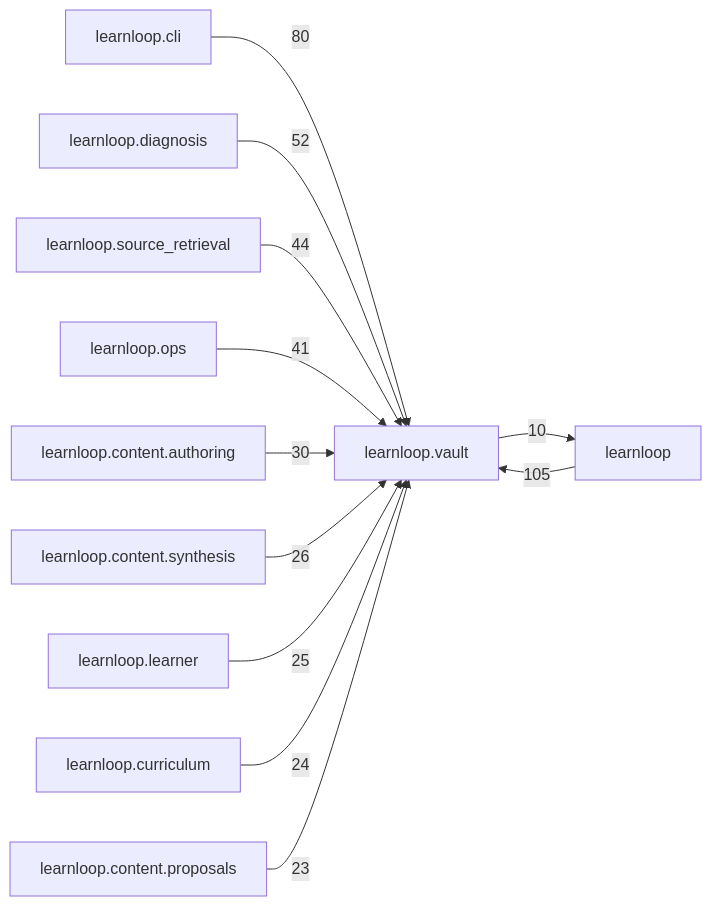
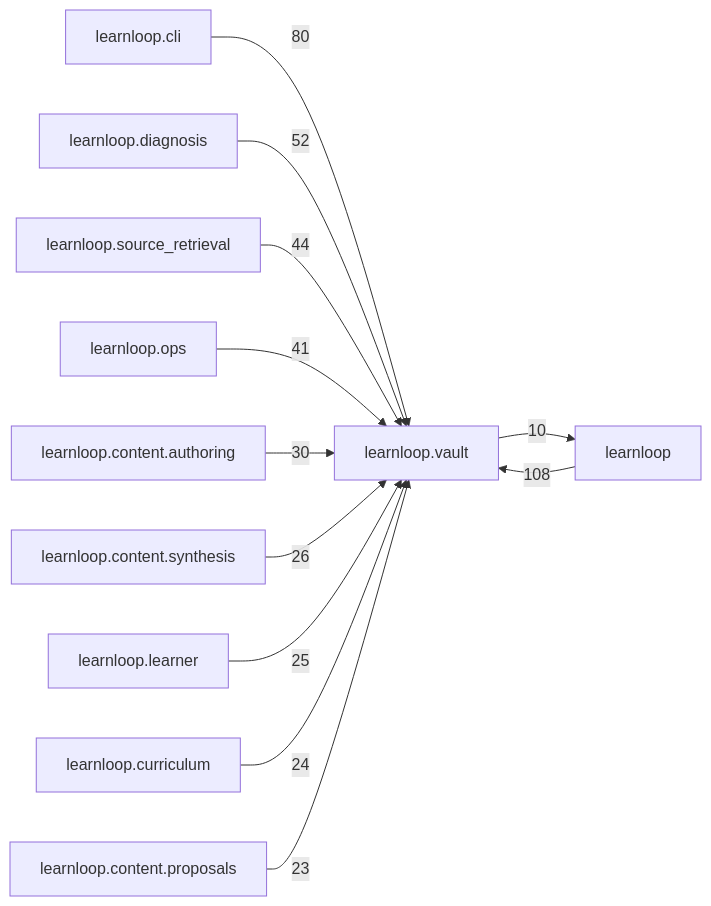
One commit to 6up-b/learnanything changed the diagram in docs/learnloop-architecture-vault/Reference/Modules/learnloop/vault/_package.md. Above: the diagram before and after it, drawn with Mermaid. The commit also changed other lines of this file and 585 other files, not shown here.

````diff
--- a/docs/learnloop-architecture-vault/Reference/Modules/learnloop/vault/_package.md
+++ b/docs/learnloop-architecture-vault/Reference/Modules/learnloop/vault/_package.md
@@ -139,25 +139,25 @@
 ```mermaid
 flowchart LR
     center["learnloop.vault"]
     n_learnloop["learnloop"]
     n_learnloop_cli["learnloop.cli"]
     n_learnloop_diagnosis["learnloop.diagnosis"]
     n_learnloop_source_retrieval["learnloop.source_retrieval"]
     n_learnloop_ops["learnloop.ops"]
     n_learnloop_content_authoring["learnloop.content.authoring"]
     n_learnloop_content_synthesis["learnloop.content.synthesis"]
     n_learnloop_learner["learnloop.learner"]
     n_learnloop_curriculum["learnloop.curriculum"]
     n_learnloop_content_proposals["learnloop.content.proposals"]
-    n_learnloop -->|105| center
+    n_learnloop -->|108| center
     center -->|10| n_learnloop
     n_learnloop_cli -->|80| center
     n_learnloop_diagnosis -->|52| center
     n_learnloop_source_retrieval -->|44| center
     n_learnloop_ops -->|41| center
     n_learnloop_content_authoring -->|30| center
     n_learnloop_content_synthesis -->|26| center
     n_learnloop_learner -->|25| center
     n_learnloop_curriculum -->|24| center
     n_learnloop_content_proposals -->|23| center
 ```
````
